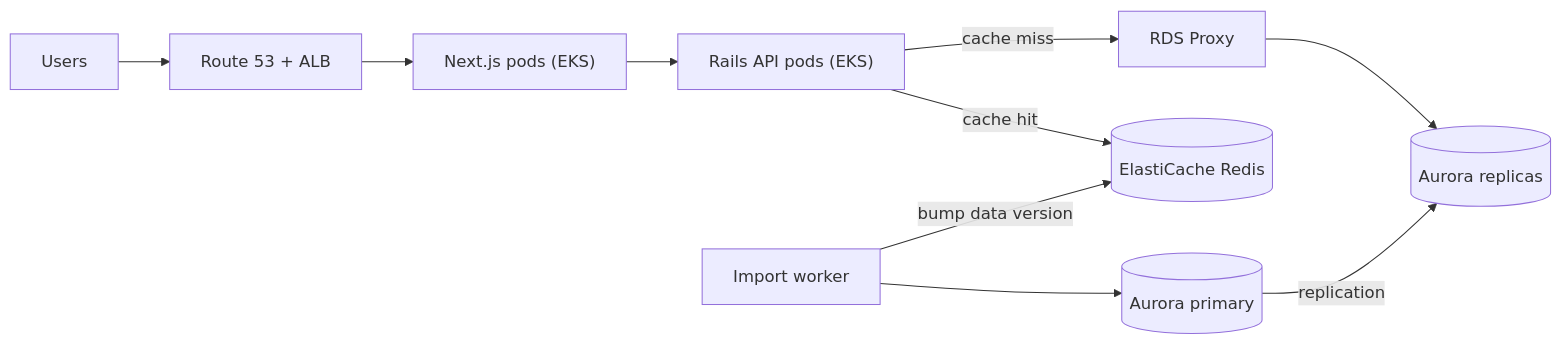
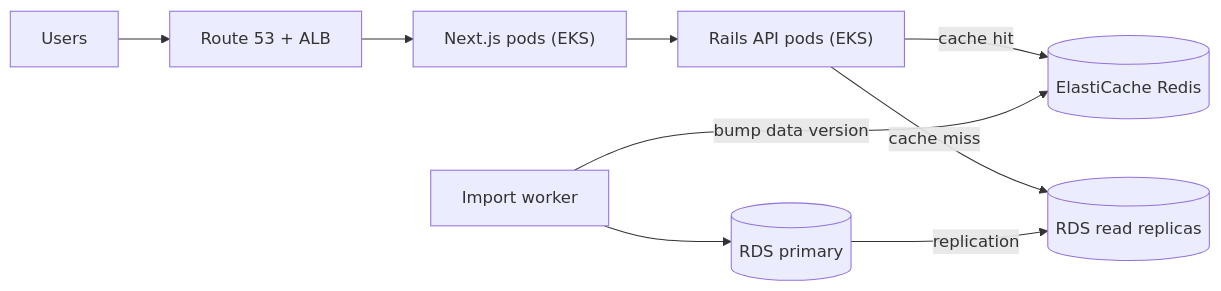
The third of 3 diagrams in TECHNICAL.md (diegovazquezny/campaign-dashboard), drawn with Mermaid before and after one commit. The commit also changed other lines of this file, not shown here.

Commit message:
TECHNICAL: overall architecture diagram, failure modes, AI tools, RDS wording

````diff
--- a/TECHNICAL.md
+++ b/TECHNICAL.md
@@ -166,19 +161,18 @@
 ```mermaid
 flowchart LR
     users[Users]
     lb["Route 53 + ALB"]
     web["Next.js pods (EKS)"]
     api["Rails API pods (EKS)"]
     cache[(ElastiCache Redis)]
-    proxy[RDS Proxy]
-    replica[(Aurora replicas)]
-    primary[(Aurora primary)]
+    replica[(RDS read replicas)]
+    primary[(RDS primary)]
     import["Import worker"]
 
     users --> lb --> web --> api
     api -- "cache hit" --> cache
-    api -- "cache miss" --> proxy --> replica
+    api -- "cache miss" --> replica
     import --> primary
     primary -- "replication" --> replica
     import -- "bump data version" --> cache
 ```
````
